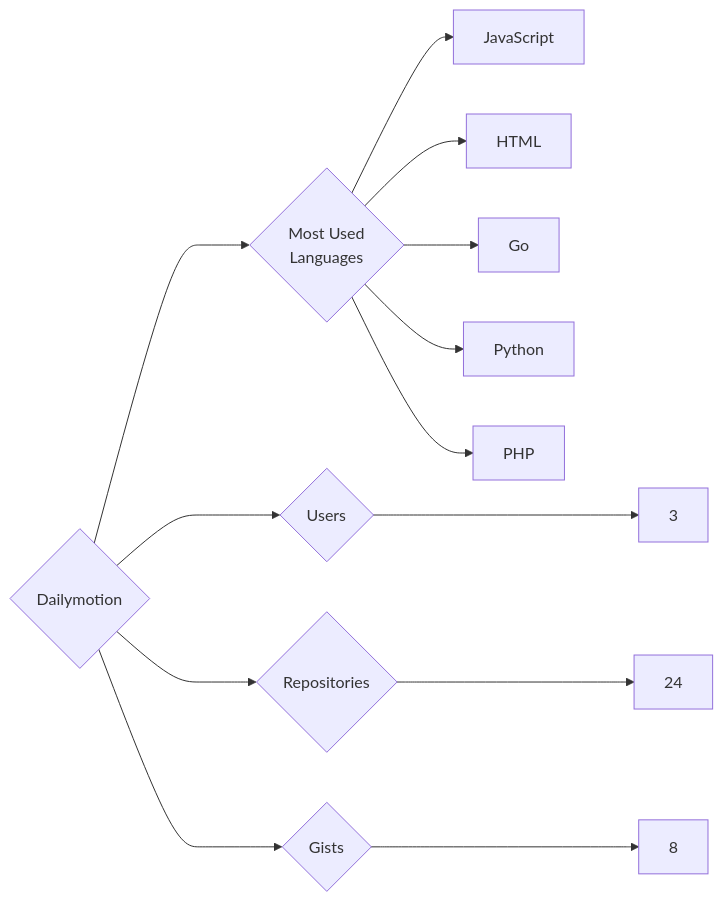
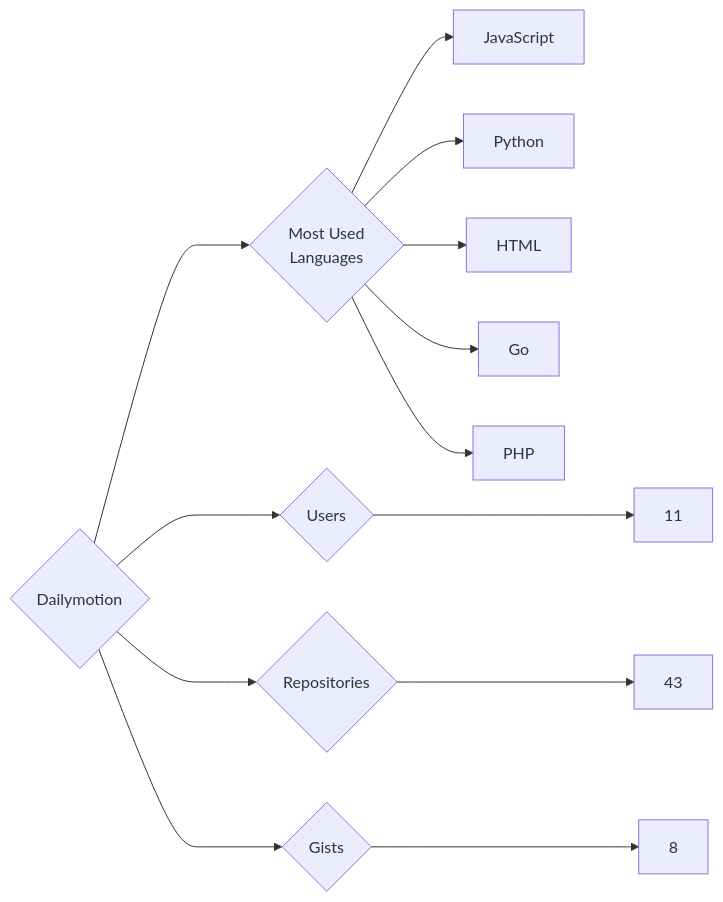
The diagram in targets/Dailymotion/README.md (trickest/insiders), drawn with Mermaid before and after one commit. The commit also changed 775 other files, not shown here.

````diff
--- a/targets/Dailymotion/README.md
+++ b/targets/Dailymotion/README.md
@@ -3,13 +3,13 @@
 ```mermaid
 graph LR
 COMPANY_NAME{Dailymotion}
-COMPANY_NAME ---> U{Users} ---> UN[3]
-COMPANY_NAME ---> R{Repositories} ---> RN[24]
+COMPANY_NAME ---> U{Users} ---> UN[11]
+COMPANY_NAME ---> R{Repositories} ---> RN[43]
 COMPANY_NAME ---> G{Gists} ---> GN[8]
 COMPANY_NAME ---> ML{Most Used<br>Languages}
 ML --> JavaScript[JavaScript]
+ML --> Python[Python]
 ML --> HTML[HTML]
 ML --> Go[Go]
-ML --> Python[Python]
 ML --> PHP[PHP]
 ```
````
